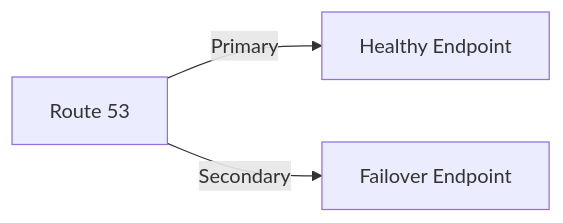
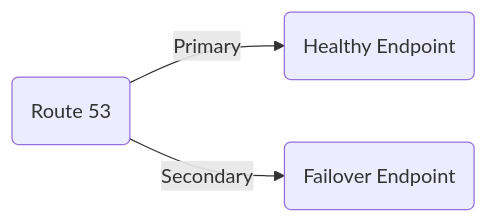
The fifth of 5 diagrams in README.md (arkantandel/-AWS-Route-53-Complete-Step-by-Step-), drawn with Mermaid before and after one commit. The commit also changed other lines of this file, not shown here.

First line of the commit message:
Fix Mermaid syntax and update diagrams in README

````diff
--- a/README.md
+++ b/README.md
@@ -271,6 +264,6 @@
 ```mermaid
 graph LR
-A[Route 53]
-A -->|Primary| B[Healthy Endpoint]
-A -->|Secondary| C[Failover Endpoint]
+A(Route 53)
+A -->|Primary| B(Healthy Endpoint)
+A -->|Secondary| C(Failover Endpoint)
 ```
````
